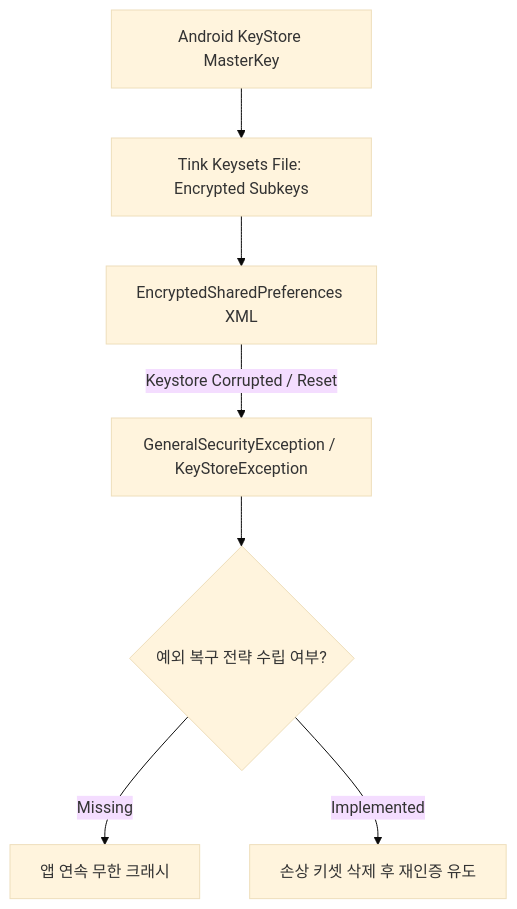
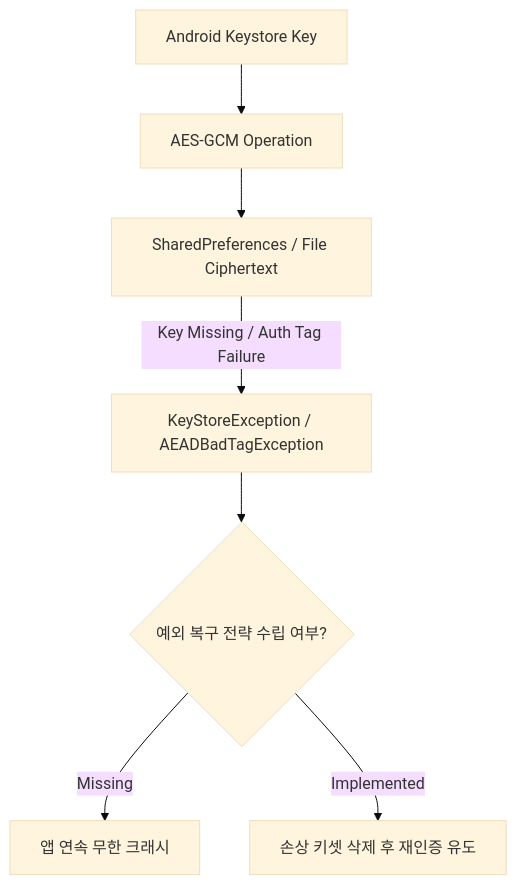
The diagram in 01_inbox/mobile/android/05_security_privacy/secure-storage/secure-storage-contracts/encrypted-storage-apis-do-not-replace-key-and-data-boundary.md (youngmin-gwon/what-i-studied), drawn with Mermaid (base theme) before and after one commit. The commit also changed other lines of this file and 89 other files, not shown here.

````diff
--- a/01_inbox/mobile/android/05_security_privacy/secure-storage/secure-storage-contracts/encrypted-storage-apis-do-not-replace-key-and-data-boundary.md
+++ b/01_inbox/mobile/android/05_security_privacy/secure-storage/secure-storage-contracts/encrypted-storage-apis-do-not-replace-key-and-data-boundary.md
@@ -13,10 +13,9 @@
 ```mermaid
 flowchart TD
-    MasterKey[Android KeyStore MasterKey] --> TinkKeyset[Tink Keysets File: Encrypted Subkeys]
-    TinkKeyset --> SPXML[EncryptedSharedPreferences XML]
-    
-    SPXML -- Keystore Corrupted / Reset --> Error[GeneralSecurityException / KeyStoreException]
+    MasterKey[Android Keystore Key] --> Crypto[AES-GCM Operation]
+    Crypto --> SPXML[SharedPreferences / File Ciphertext]
+    SPXML -- Key Missing / Auth Tag Failure --> Error[KeyStoreException / AEADBadTagException]
     Error --> RescueStrategy{예외 복구 전략 수립 여부?}
     RescueStrategy -- Missing --> Crash[앱 연속 무한 크래시]
     RescueStrategy -- Implemented --> ClearAndReauth[손상 키셋 삭제 후 재인증 유도]
 ```
````
